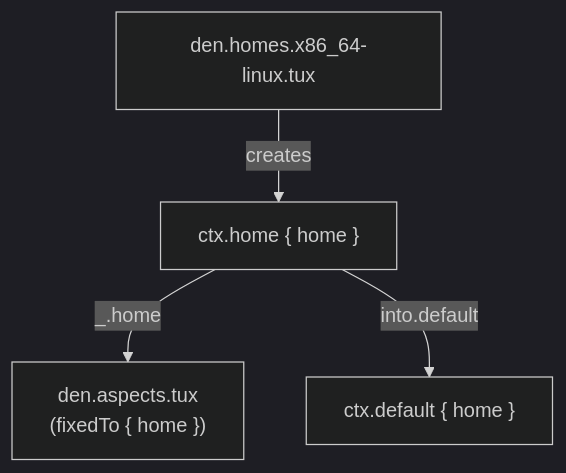
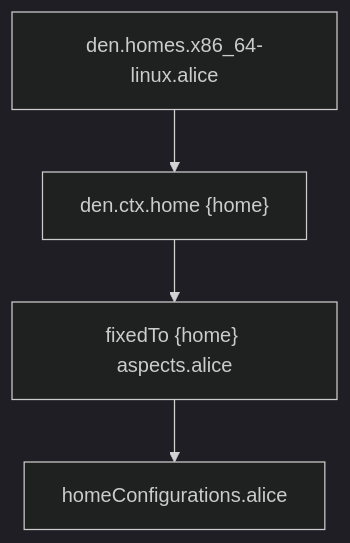
One commit to vic/den changed the second of 2 diagrams in docs/src/content/docs/explanation/context-pipeline.mdx. Above: the diagram before and after it, drawn with Mermaid (dark theme). The commit also changed other lines of this file and 32 other files, not shown here.

````diff
--- a/docs/src/content/docs/explanation/context-pipeline.mdx
+++ b/docs/src/content/docs/explanation/context-pipeline.mdx
@@ -150,7 +82,6 @@
-```mermaid
-graph TD
-  Home["den.homes.x86_64-linux.tux"]
-  Home -->|"creates"| CtxHome["ctx.home { home }"]
-  CtxHome -->|"_.home"| HomeA["den.aspects.tux<br/>(fixedTo { home })"]
-  CtxHome -->|"into.default"| CtxDef["ctx.default { home }"]
-```
+	```mermaid
+	flowchart TD
+	  home["den.homes.x86_64-linux.alice"] --> homectx["den.ctx.home {home}"]
+	  homectx --> resolve["fixedTo {home} aspects.alice"]
+	  resolve --> hmc["homeConfigurations.alice"]
+	```
````
